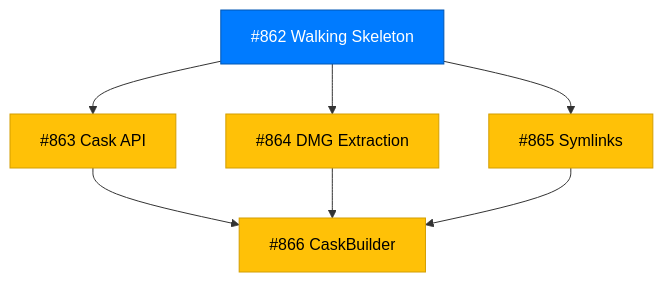
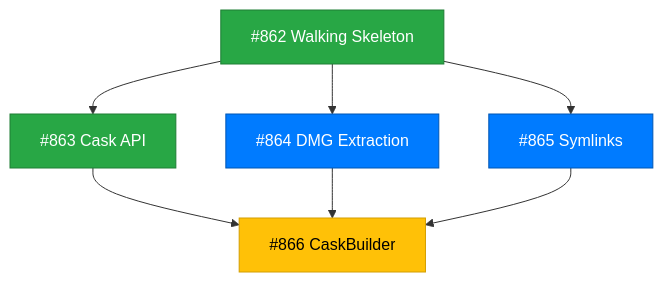
The diagram in docs/designs/DESIGN-cask-support.md (tsukumogami/tsuku), drawn with Mermaid before and after one commit. The commit also changed other lines of this file, not shown here.

Commit message:
docs: update cask design with completed issues #862 and #863

````diff
--- a/docs/designs/DESIGN-cask-support.md
+++ b/docs/designs/DESIGN-cask-support.md
@@ -15,19 +15,19 @@
 ```mermaid
 graph TD
-    I862["#862 Walking Skeleton"]:::ready
-    I863["#863 Cask API"]:::blocked
-    I864["#864 DMG Extraction"]:::blocked
-    I865["#865 Symlinks"]:::blocked
+    I862["#862 Walking Skeleton"]:::done
+    I863["#863 Cask API"]:::done
+    I864["#864 DMG Extraction"]:::ready
+    I865["#865 Symlinks"]:::ready
     I866["#866 CaskBuilder"]:::blocked
 
     I862 --> I863
     I862 --> I864
     I862 --> I865
     I863 --> I866
     I864 --> I866
     I865 --> I866
 
     classDef done fill:#28a745,stroke:#1e7e34,color:white
     classDef ready fill:#007bff,stroke:#0056b3,color:white
     classDef blocked fill:#ffc107,stroke:#d39e00,color:black
 ```
````
